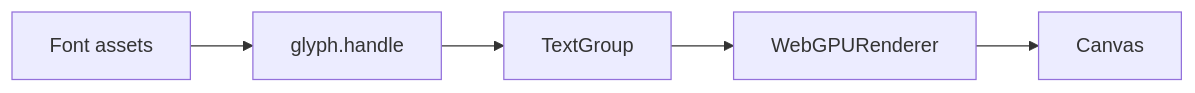
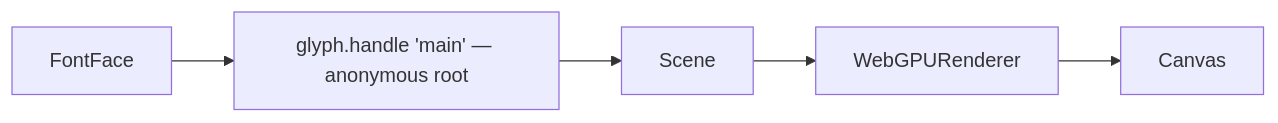
One commit to pmndrs/glyph changed the first of 3 diagrams in site/docs/advanced/topologies.mdx. Above: the diagram before and after it, drawn with Mermaid. The commit also changed other lines of this file and 19 other files, not shown here.

````diff
--- a/site/docs/advanced/topologies.mdx
+++ b/site/docs/advanced/topologies.mdx
@@ -15,4 +15,4 @@
 ```mermaid
 flowchart LR
-  F[Font assets] --> H[glyph.handle] --> G[TextGroup] --> R[WebGPURenderer] --> C[Canvas]
+  F[FontFace] --> H[glyph.handle 'main' — anonymous root] --> S[Scene] --> R[WebGPURenderer] --> C[Canvas]
 ```
````
